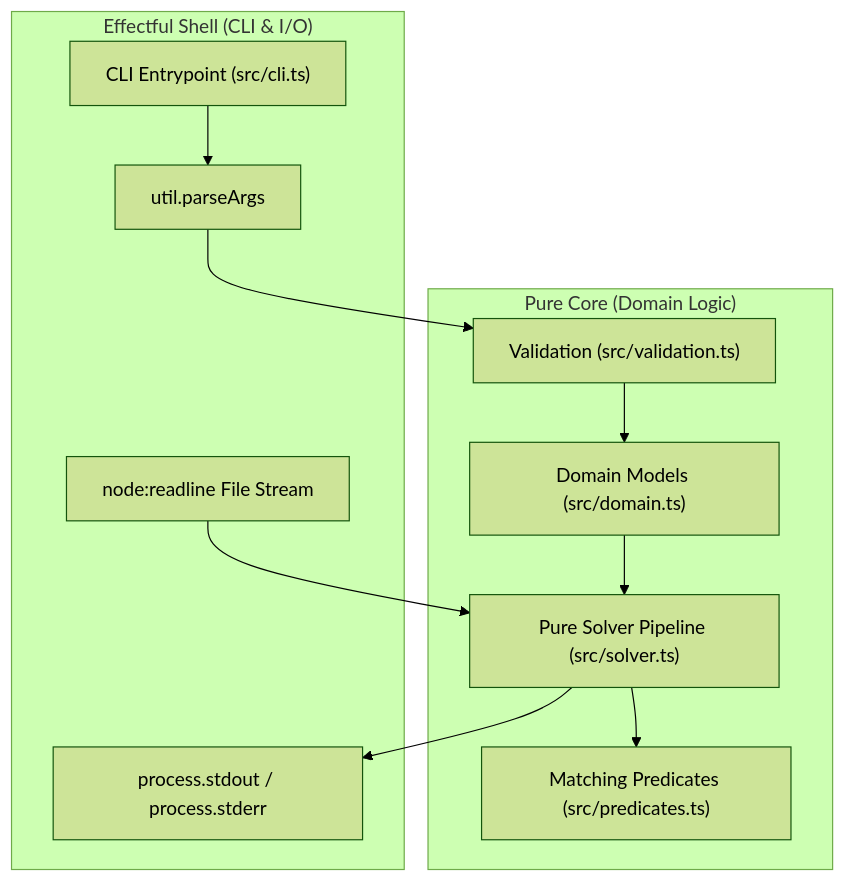
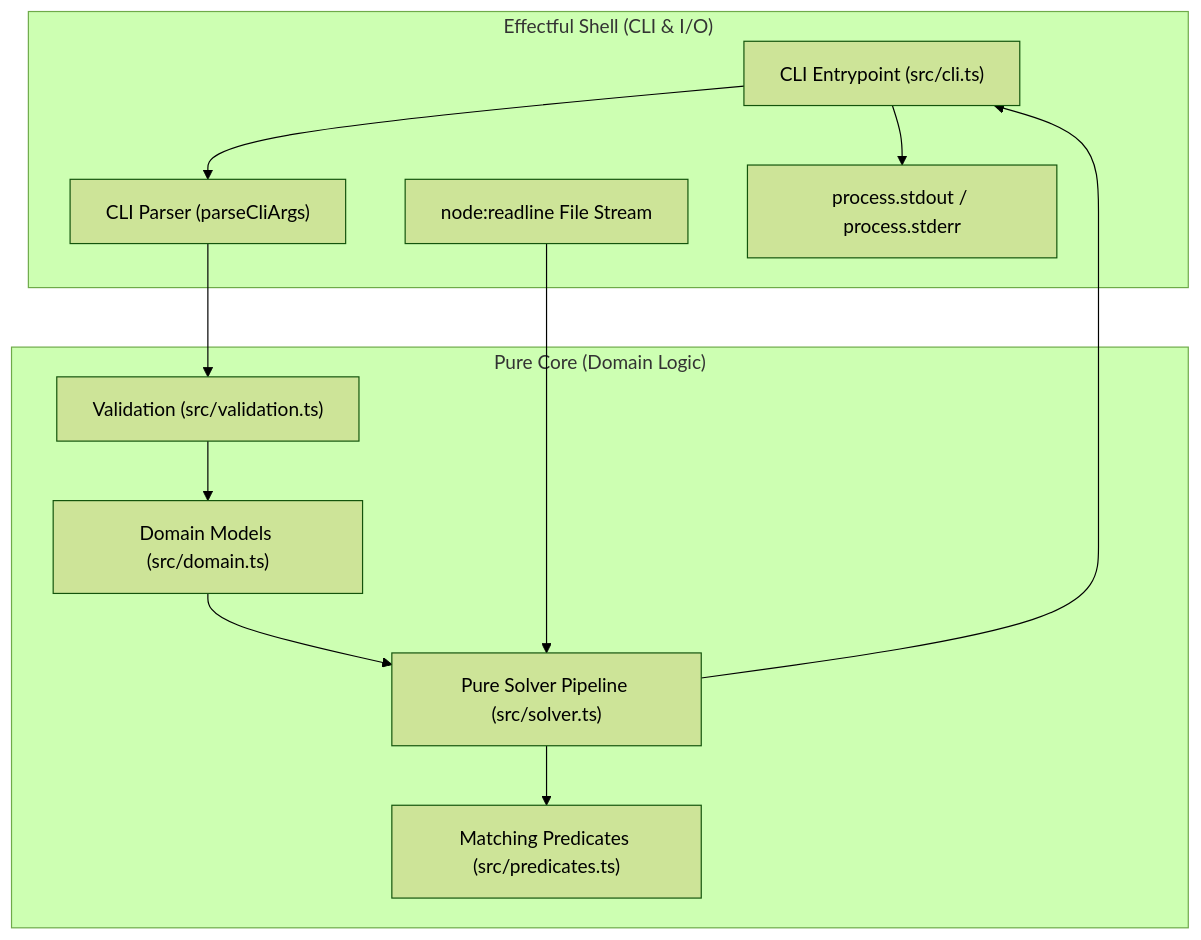
Before and after one commit to frankhjung/typescript-wordpuzzle: the diagram in docs/REQ-001-wordpuzzle-specification.md, drawn with Mermaid (forest theme). The commit also changed other lines of this file and 6 other files, not shown here.

````diff
--- a/docs/REQ-001-wordpuzzle-specification.md
+++ b/docs/REQ-001-wordpuzzle-specification.md
@@ -132,24 +134,25 @@
 ```mermaid
 flowchart TD
     subgraph "Effectful Shell (CLI & I/O)"
         CLI["CLI Entrypoint (src/cli.ts)"]
-        PARSE["util.parseArgs"]
+        PARSE["CLI Parser (parseCliArgs)"]
         FS["node:readline File Stream"]
         OUT["process.stdout / process.stderr"]
     end
 
     subgraph "Pure Core (Domain Logic)"
         VAL["Validation (src/validation.ts)"]
         DOM["Domain Models (src/domain.ts)"]
         PRED["Matching Predicates (src/predicates.ts)"]
         SOLV["Pure Solver Pipeline (src/solver.ts)"]
     end
 
     CLI --> PARSE
     PARSE --> VAL
     VAL --> DOM
     DOM --> SOLV
     SOLV --> PRED
     FS --> SOLV
-    SOLV --> OUT
+    SOLV --> CLI
+    CLI --> OUT
 ```
````
